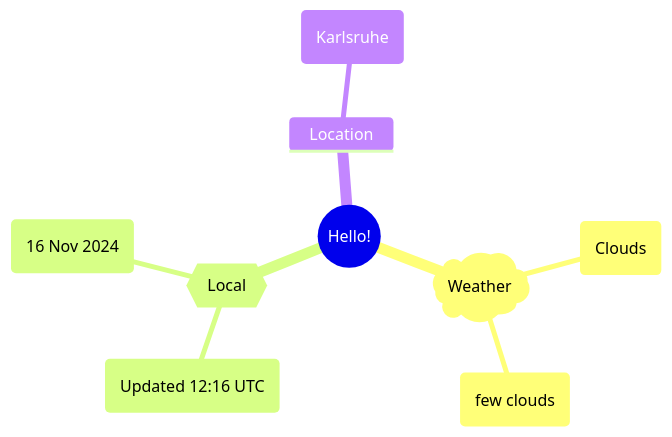
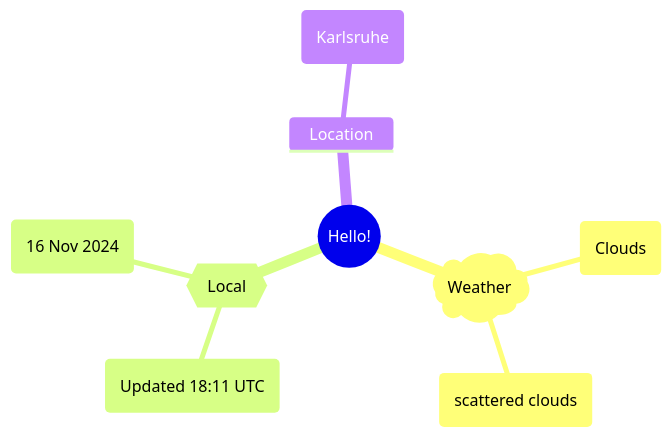
One commit to Xosrov/Xosrov changed the first of 2 diagrams in README.md. Above: the diagram before and after it, drawn with Mermaid.

Commit message:
[bot] updated images

````diff
--- a/README.md
+++ b/README.md
@@ -3,12 +3,12 @@
 ```mermaid
 mindmap
   root((Hello!))
     )Weather(
         (Clouds)
-        (few clouds)
+        (scattered clouds)
     {{Local}}
-        (Updated 12:16 UTC)
+        (Updated 18:11 UTC)
         (16 Nov 2024)
     Location
         (Karlsruhe)
 ```
````
